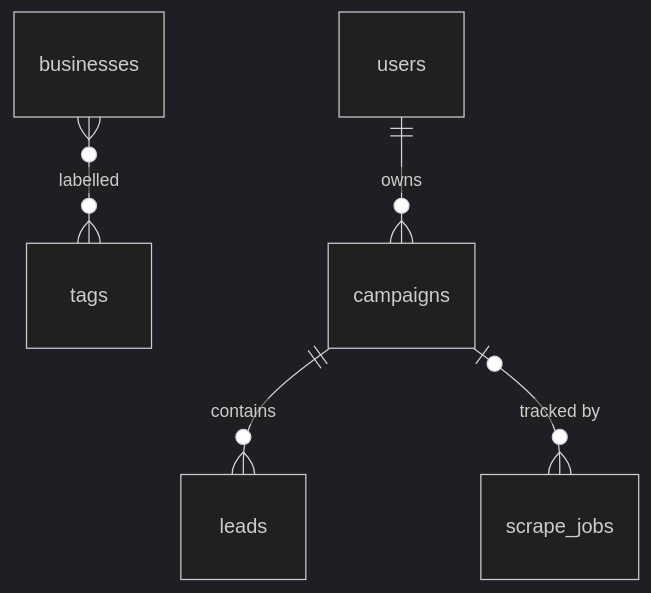
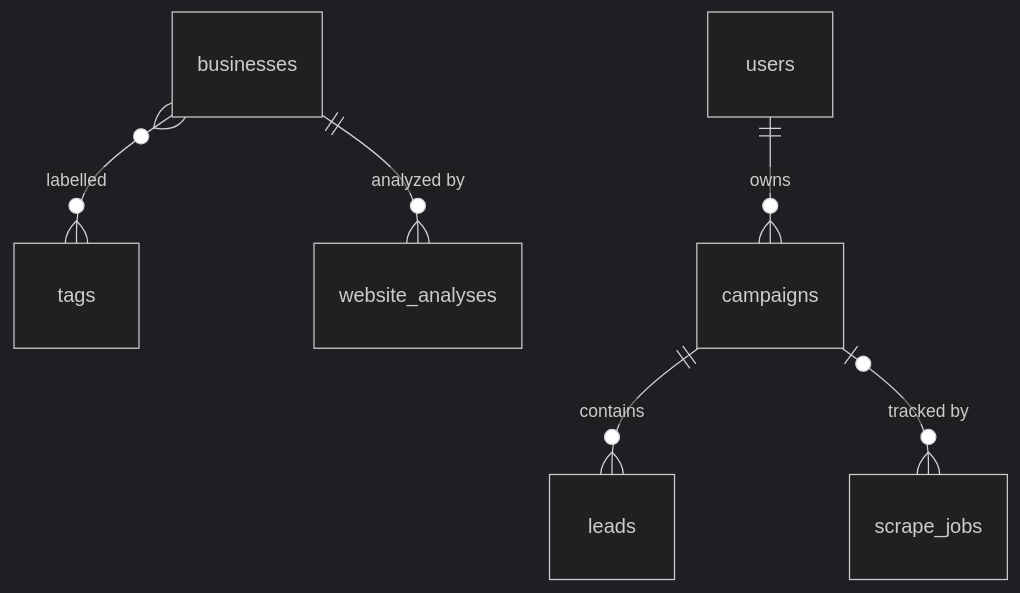
Before and after one commit to Abuzar0021/omnistacks-ai-engine: the diagram in docs/DATABASE.md, drawn with Mermaid (dark theme). The commit also changed other lines of this file and 48 other files, not shown here.

````diff
--- a/docs/DATABASE.md
+++ b/docs/DATABASE.md
@@ -169,7 +235,8 @@
 ```mermaid
 erDiagram
     businesses }o--o{ tags : labelled
+    businesses ||--o{ website_analyses : "analyzed by"
     users ||--o{ campaigns : owns
     campaigns ||--o{ leads : contains
     campaigns |o--o{ scrape_jobs : "tracked by"
 ```
````
